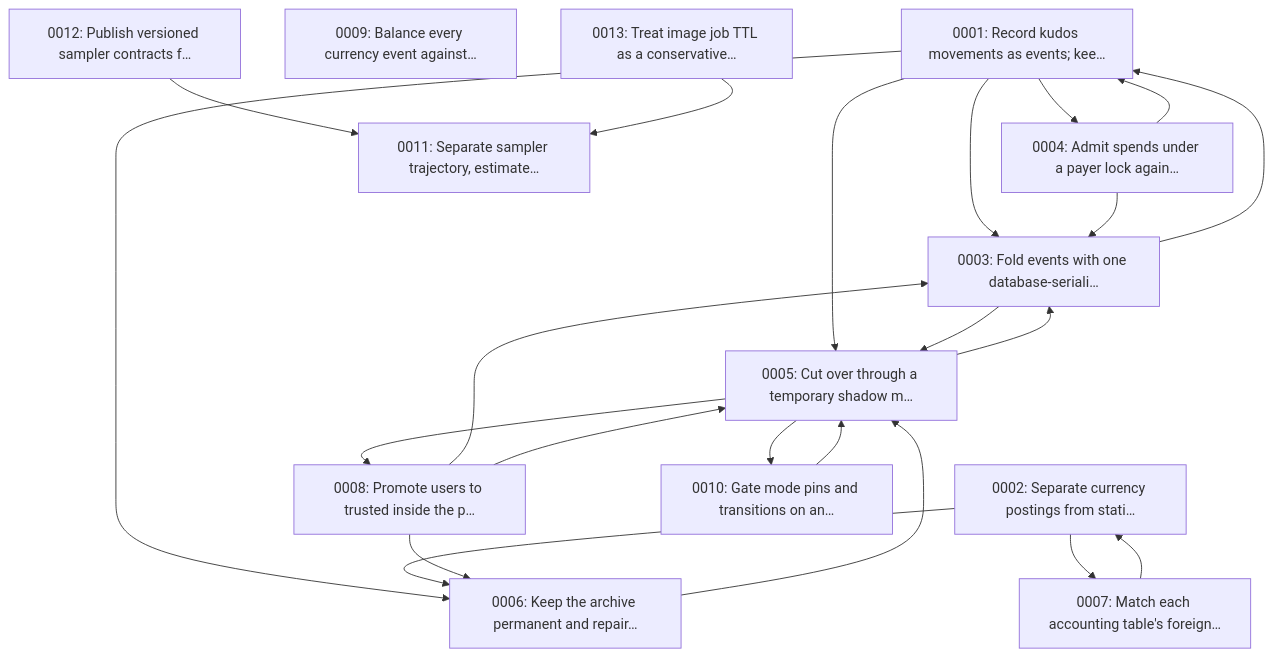
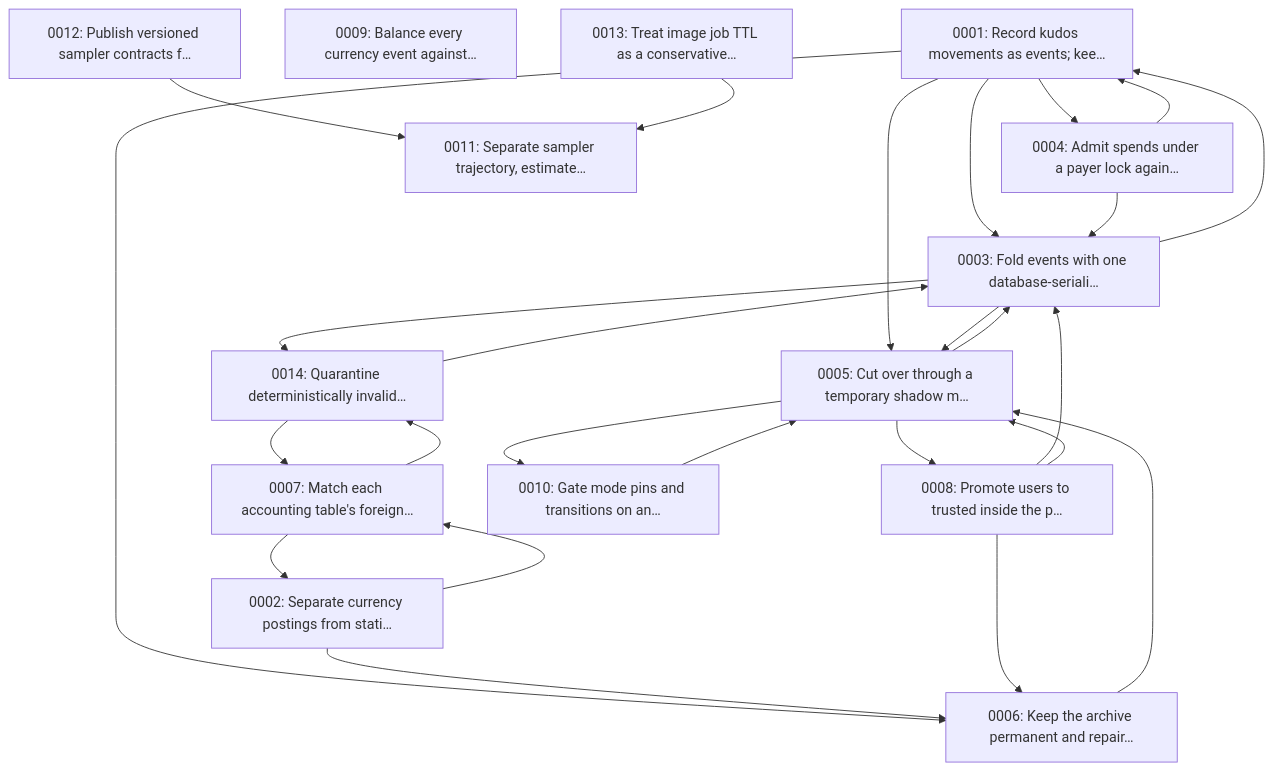
The diagram in docs/decisions/index.md (Haidra-Org/AI-Horde), drawn with Mermaid before and after one commit. The commit also changed other lines of this file and 12 other files, not shown here.

````diff
--- a/docs/decisions/index.md
+++ b/docs/decisions/index.md
@@ -33,37 +34,42 @@
 ```mermaid
 flowchart TD
     r0001["0001: Record kudos movements as events; kee…"]
     r0002["0002: Separate currency postings from stati…"]
     r0003["0003: Fold events with one database-seriali…"]
     r0004["0004: Admit spends under a payer lock again…"]
     r0005["0005: Cut over through a temporary shadow m…"]
     r0006["0006: Keep the archive permanent and repair…"]
     r0007["0007: Match each accounting table's foreign…"]
     r0008["0008: Promote users to trusted inside the p…"]
     r0009["0009: Balance every currency event against…"]
     r0010["0010: Gate mode pins and transitions on an…"]
     r0011["0011: Separate sampler trajectory, estimate…"]
     r0012["0012: Publish versioned sampler contracts f…"]
     r0013["0013: Treat image job TTL as a conservative…"]
+    r0014["0014: Quarantine deterministically invalid…"]
     r0001 --> r0003
     r0001 --> r0004
     r0001 --> r0005
     r0001 --> r0006
     r0002 --> r0006
     r0002 --> r0007
     r0003 --> r0001
     r0003 --> r0005
+    r0003 --> r0014
     r0004 --> r0001
     r0004 --> r0003
     r0005 --> r0003
     r0005 --> r0008
     r0005 --> r0010
     r0006 --> r0005
     r0007 --> r0002
+    r0007 --> r0014
     r0008 --> r0003
     r0008 --> r0005
     r0008 --> r0006
     r0010 --> r0005
     r0012 --> r0011
     r0013 --> r0011
+    r0014 --> r0003
+    r0014 --> r0007
 ```
````
